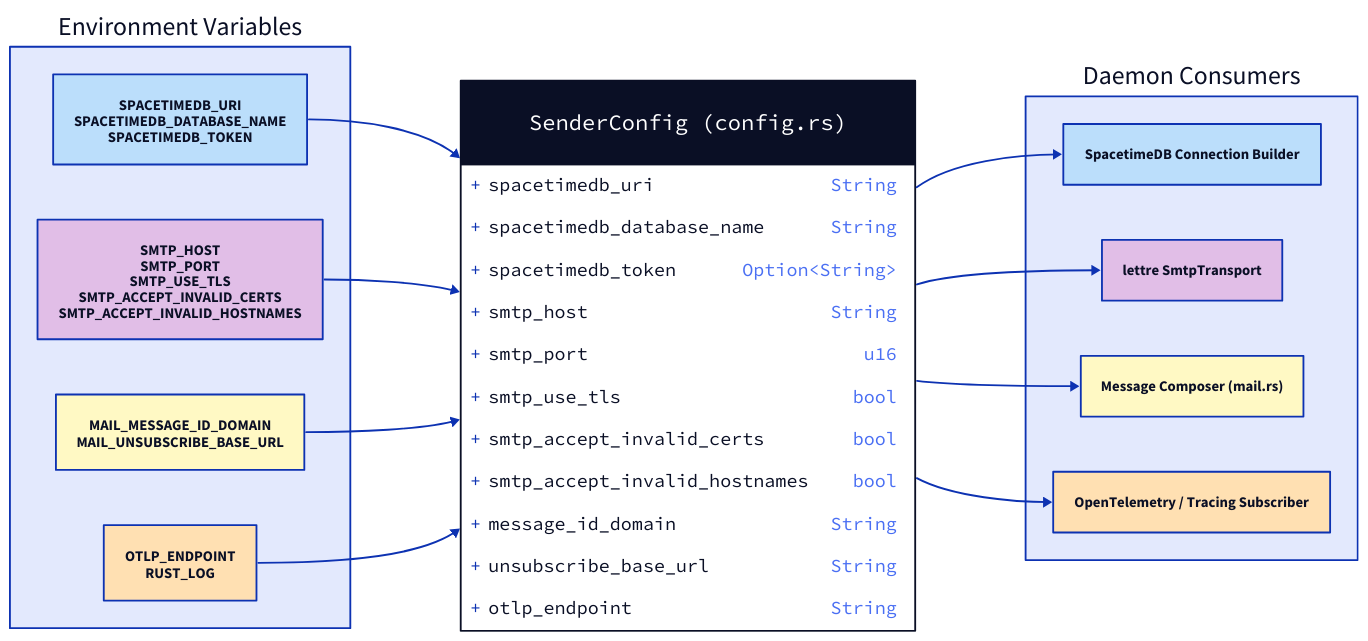
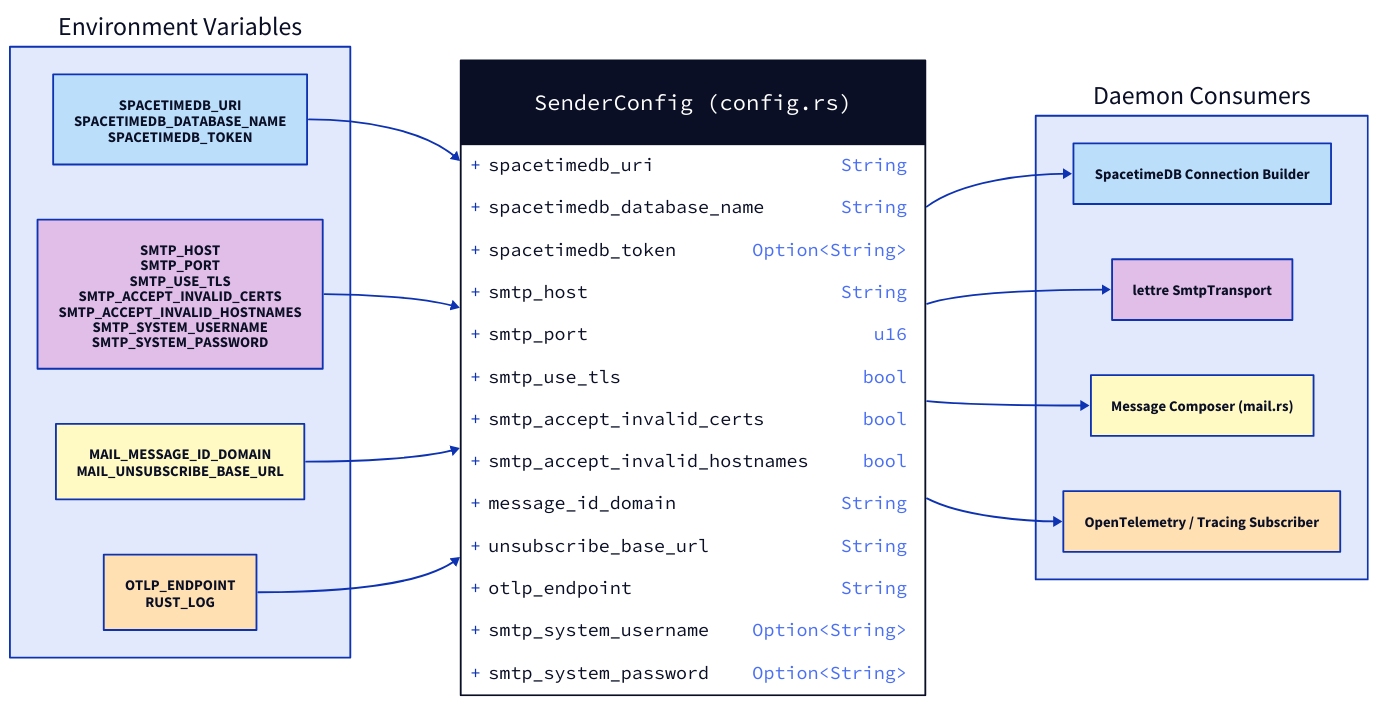
Before and after one commit to enaut/kommunikationszentrum: the diagram in docs/src/core/sender/sender-config-map.d2, drawn with D2. The commit also changed 6 other files, not shown here.

```diff
--- a/docs/src/core/sender/sender-config-map.d2
+++ b/docs/src/core/sender/sender-config-map.d2
@@ -1,40 +1,42 @@
 direction: right
 
 env: "Environment Variables" {
   spacetimedb: "SPACETIMEDB_URI\nSPACETIMEDB_DATABASE_NAME\nSPACETIMEDB_TOKEN" { style.fill: "#bbdefb" }
-  smtp: "SMTP_HOST\nSMTP_PORT\nSMTP_USE_TLS\nSMTP_ACCEPT_INVALID_CERTS\nSMTP_ACCEPT_INVALID_HOSTNAMES" { style.fill: "#e1bee7" }
+  smtp: "SMTP_HOST\nSMTP_PORT\nSMTP_USE_TLS\nSMTP_ACCEPT_INVALID_CERTS\nSMTP_ACCEPT_INVALID_HOSTNAMES\nSMTP_SYSTEM_USERNAME\nSMTP_SYSTEM_PASSWORD" { style.fill: "#e1bee7" }
   mail: "MAIL_MESSAGE_ID_DOMAIN\nMAIL_UNSUBSCRIBE_BASE_URL" { style.fill: "#fff9c4" }
   observability: "OTLP_ENDPOINT\nRUST_LOG" { style.fill: "#ffe0b2" }
 }
 
 struct: "SenderConfig (config.rs)" {
   shape: class
   spacetimedb_uri: "String"
   spacetimedb_database_name: "String"
   spacetimedb_token: "Option<String>"
   smtp_host: "String"
   smtp_port: "u16"
   smtp_use_tls: "bool"
   smtp_accept_invalid_certs: "bool"
   smtp_accept_invalid_hostnames: "bool"
   message_id_domain: "String"
   unsubscribe_base_url: "String"
   otlp_endpoint: "String"
+  smtp_system_username: "Option<String>"
+  smtp_system_password: "Option<String>"
 }
 
 consumers: "Daemon Consumers" {
   st_client: "SpacetimeDB Connection Builder" { style.fill: "#bbdefb" }
   lettre_client: "lettre SmtpTransport" { style.fill: "#e1bee7" }
   composer: "Message Composer (mail.rs)" { style.fill: "#fff9c4" }
   tracer: "OpenTelemetry / Tracing Subscriber" { style.fill: "#ffe0b2" }
 }
 
 env.spacetimedb -> struct
 env.smtp -> struct
 env.mail -> struct
 env.observability -> struct
 
 struct -> consumers.st_client
 struct -> consumers.lettre_client
 struct -> consumers.composer
 struct -> consumers.tracer
```
